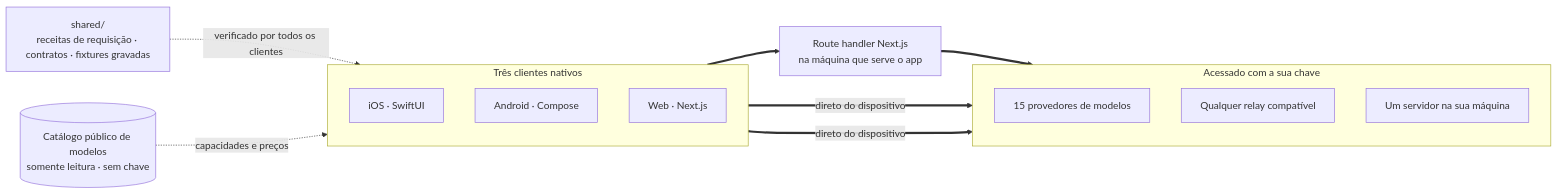
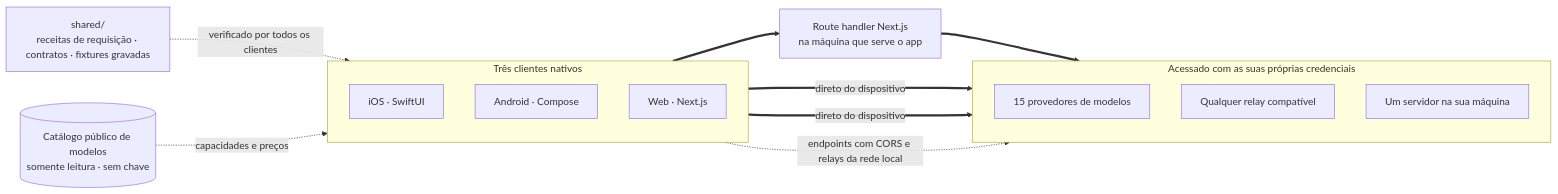
One commit to oriveo/oriveo changed the diagram in readme_i18n/pt-BR/README.md. Above: the diagram before and after it, drawn with Mermaid. The commit also changed other lines of this file and 89 other files, not shown here.

````diff
--- a/readme_i18n/pt-BR/README.md
+++ b/readme_i18n/pt-BR/README.md
@@ -184,26 +192,27 @@
 ```mermaid
 flowchart LR
     shared["shared/<br/>receitas de requisição · contratos · fixtures gravadas"]
 
     subgraph clients ["Três clientes nativos"]
         direction TB
         ios["iOS · SwiftUI"]
         android["Android · Compose"]
         web["Web · Next.js"]
     end
 
     route["Route handler Next.js<br/>na máquina que serve o app"]
 
-    subgraph upstream ["Acessado com a sua chave"]
+    subgraph upstream ["Acessado com as suas próprias credenciais"]
         official["15 provedores de modelos"]
         relay["Qualquer relay compatível"]
         local["Um servidor na sua máquina"]
     end
 
     catalog[("Catálogo público de modelos<br/>somente leitura · sem chave")]
 
     shared -.->|"verificado por todos os clientes"| clients
     catalog -.->|"capacidades e preços"| clients
     ios & android ==>|"direto do dispositivo"| upstream
     web ==> route ==> upstream
+    web -.->|"endpoints com CORS e relays da rede local"| upstream
 ```
````
